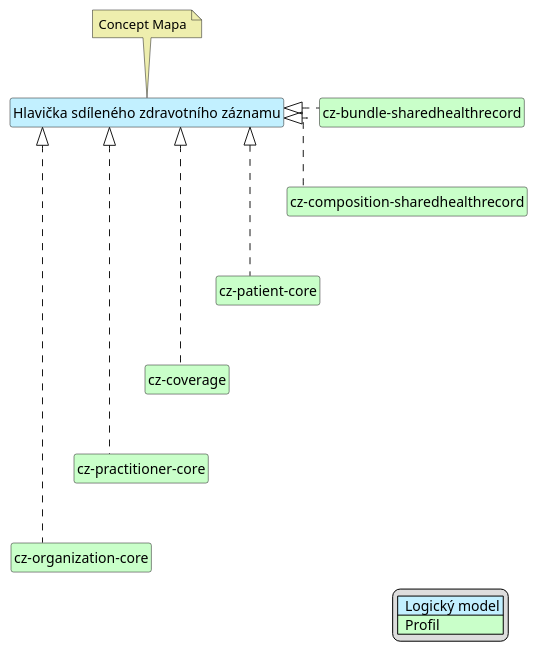
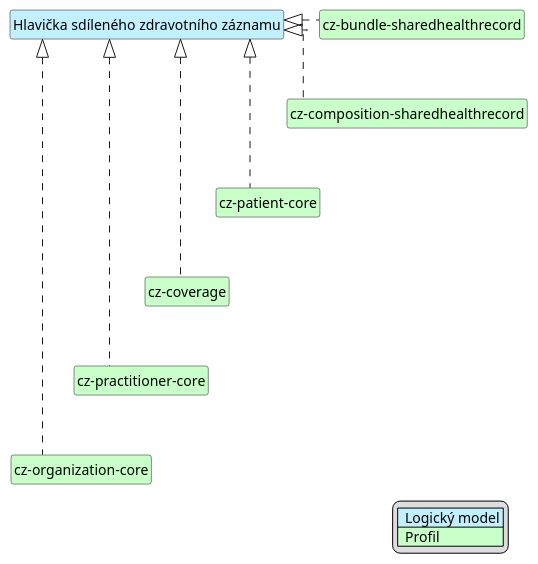
The diagram in input/images-source/szzHead-map-cs.plantuml (HL7-cz/szz), drawn with PlantUML before and after one commit. The commit also changed 13 other files, not shown here.

```diff
--- a/input/images-source/szzHead-map-cs.plantuml
+++ b/input/images-source/szzHead-map-cs.plantuml
@@ -1,39 +1,36 @@
 @startuml
 hide circle
 hide stereotype
 hide members
 hide methods
 skinparam linetype ortho
 skinparam class {
 BackgroundColor<<LogicalModel>> #APPLICATION
 BackgroundColor<<Profile>> #TECHNOLOGY
 }
 legend right
 | <#APPLICATION>  Logický model |
 | <#TECHNOLOGY>  Profil |
 endlegend
 class "Hlavička sdíleného zdravotního záznamu" <<LogicalModel>> [[StructureDefinition-HeaderSzzCz.html]]
-note top #EEEEAE [[ConceptMap-Header2FHIR-cz.html]]
-Concept Mapa
-endnote
 
 class "cz-organization-core" <<Profile>> [[https://build.fhir.org/ig/HL7-cz/cz-core/StructureDefinition-cz-organization-core.html]]
 class "cz-coverage" <<Profile>> [[https://build.fhir.org/ig/HL7-cz/cz-core/StructureDefinition-cz-coverage.html]]
 class "cz-patient-core" <<Profile>> [[https://build.fhir.org/ig/HL7-cz/cz-core/StructureDefinition-cz-patient-core.html]]
 class "cz-practitioner-core" <<Profile>> [[https://build.fhir.org/ig/HL7-cz/cz-core/StructureDefinition-cz-practitioner-core.html]]
 class "cz-bundle-sharedhealthrecord" <<Profile>> [[StructureDefinition-cz-bundle-sharedhealthrecord.html]]
 class "cz-composition-sharedhealthrecord" <<Profile>> [[StructureDefinition-cz-composition-sharedhealthrecord.html]]
 
 "Hlavička sdíleného zdravotního záznamu" <|. "cz-composition-sharedhealthrecord"
 "Hlavička sdíleného zdravotního záznamu" <|. "cz-bundle-sharedhealthrecord"
 "Hlavička sdíleného zdravotního záznamu" <|. "cz-patient-core"
 "Hlavička sdíleného zdravotního záznamu" <|. "cz-coverage"
 "Hlavička sdíleného zdravotního záznamu" <|. "cz-practitioner-core"
 "Hlavička sdíleného zdravotního záznamu" <|. "cz-organization-core"
 
 "cz-bundle-sharedhealthrecord" -d[hidden]-> "cz-composition-sharedhealthrecord"
 "cz-composition-sharedhealthrecord" -d[hidden]-> "cz-patient-core"
 "cz-patient-core" -d[hidden]-> "cz-coverage"
 "cz-coverage" -d[hidden]-> "cz-practitioner-core"
 "cz-practitioner-core" -d[hidden]-> "cz-organization-core"
 @enduml
```
